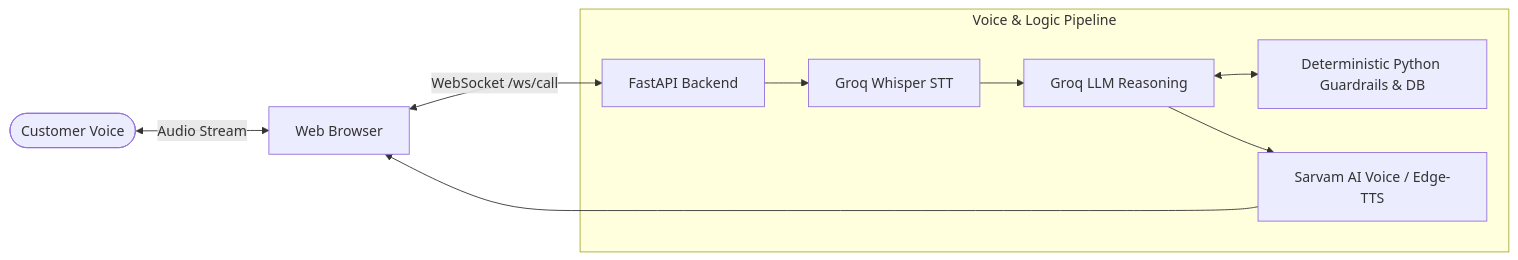
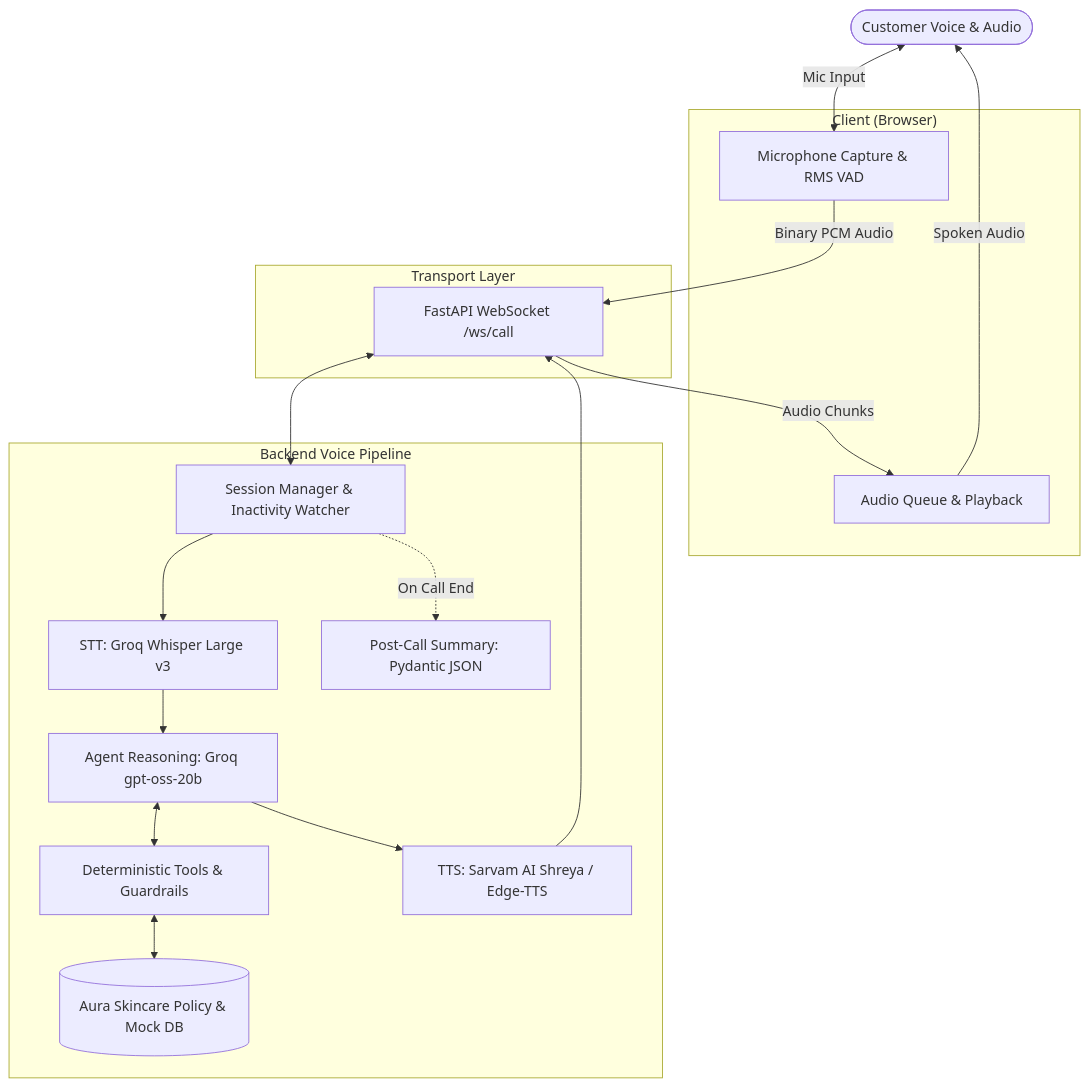
Before and after one commit to ParthG24/Aira_agent: the diagram in README.md, drawn with Mermaid. The commit also changed other lines of this file, not shown here.

Commit message:
Update architecture to clean vertical blocks and differentiate Section 9 answers

````diff
--- a/README.md
+++ b/README.md
@@ -9,14 +9,36 @@
 ```mermaid
-flowchart LR
-    User([Customer Voice]) <-->|Audio Stream| Browser[Web Browser]
-    Browser <-->|WebSocket /ws/call| Server[FastAPI Backend]
+flowchart TD
+    User([Customer Voice & Audio])
     
-    subgraph Server_Pipeline [Voice & Logic Pipeline]
-        Server --> STT[Groq Whisper STT]
-        STT --> LLM[Groq LLM Reasoning]
-        LLM <--> Tools[Deterministic Python Guardrails & DB]
-        LLM --> TTS[Sarvam AI Voice / Edge-TTS]
+    subgraph Client_Layer ["Client (Browser)"]
+        Mic[Microphone Capture & RMS VAD]
+        AudioPlayer[Audio Queue & Playback]
     end
     
-    TTS --> Browser
+    subgraph Gateway ["Transport Layer"]
+        WS[FastAPI WebSocket /ws/call]
+    end
+    
+    subgraph Server_Pipeline ["Backend Voice Pipeline"]
+        STT[STT: Groq Whisper Large v3]
+        SessionMgr[Session Manager & Inactivity Watcher]
+        LLM[Agent Reasoning: Groq gpt-oss-20b]
+        Tools[Deterministic Tools & Guardrails]
+        BrandDB[(Aura Skincare Policy & Mock DB)]
+        TTS[TTS: Sarvam AI Shreya / Edge-TTS]
+        Summary[Post-Call Summary: Pydantic JSON]
+    end
+    
+    User <-->|Mic Input| Mic
+    AudioPlayer -->|Spoken Audio| User
+    Mic -->|Binary PCM Audio| WS
+    WS -->|Audio Chunks| AudioPlayer
+    WS <--> SessionMgr
+    SessionMgr --> STT
+    STT --> LLM
+    LLM <--> Tools
+    Tools <--> BrandDB
+    LLM --> TTS
+    TTS --> WS
+    SessionMgr -.->|On Call End| Summary
 ```
````
